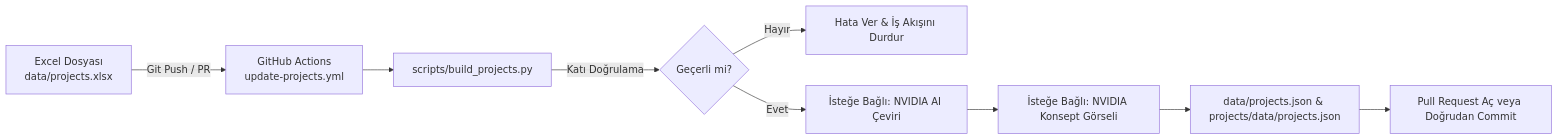
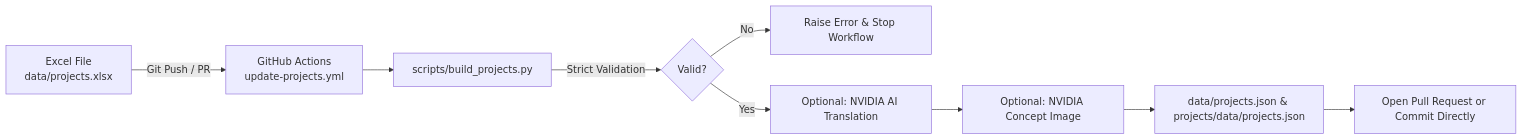
One commit to HasanKaan28/ius-engineering-events-site changed the diagram in scripts/README.md. Above: the diagram before and after it, drawn with Mermaid. The commit also changed other lines of this file and 1 other file, not shown here.

````diff
--- a/scripts/README.md
+++ b/scripts/README.md
@@ -9,11 +9,11 @@
 ```mermaid
 flowchart LR
-    A[Excel Dosyası\ndata/projects.xlsx] -->|Git Push / PR| B[GitHub Actions\nupdate-projects.yml]
+    A[Excel File\ndata/projects.xlsx] -->|Git Push / PR| B[GitHub Actions\nupdate-projects.yml]
     B --> C[scripts/build_projects.py]
-    C -->|Katı Doğrulama| D{Geçerli mi?}
-    D -- Hayır --> E[Hata Ver & İş Akışını Durdur]
-    D -- Evet --> F[İsteğe Bağlı: NVIDIA AI Çeviri]
-    F --> G[İsteğe Bağlı: NVIDIA Konsept Görseli]
+    C -->|Strict Validation| D{Valid?}
+    D -- No --> E[Raise Error & Stop Workflow]
+    D -- Yes --> F[Optional: NVIDIA AI Translation]
+    F --> G[Optional: NVIDIA Concept Image]
     G --> H[data/projects.json & projects/data/projects.json]
-    H --> I[Pull Request Aç veya Doğrudan Commit]
+    H --> I[Open Pull Request or Commit Directly]
 ```
````
